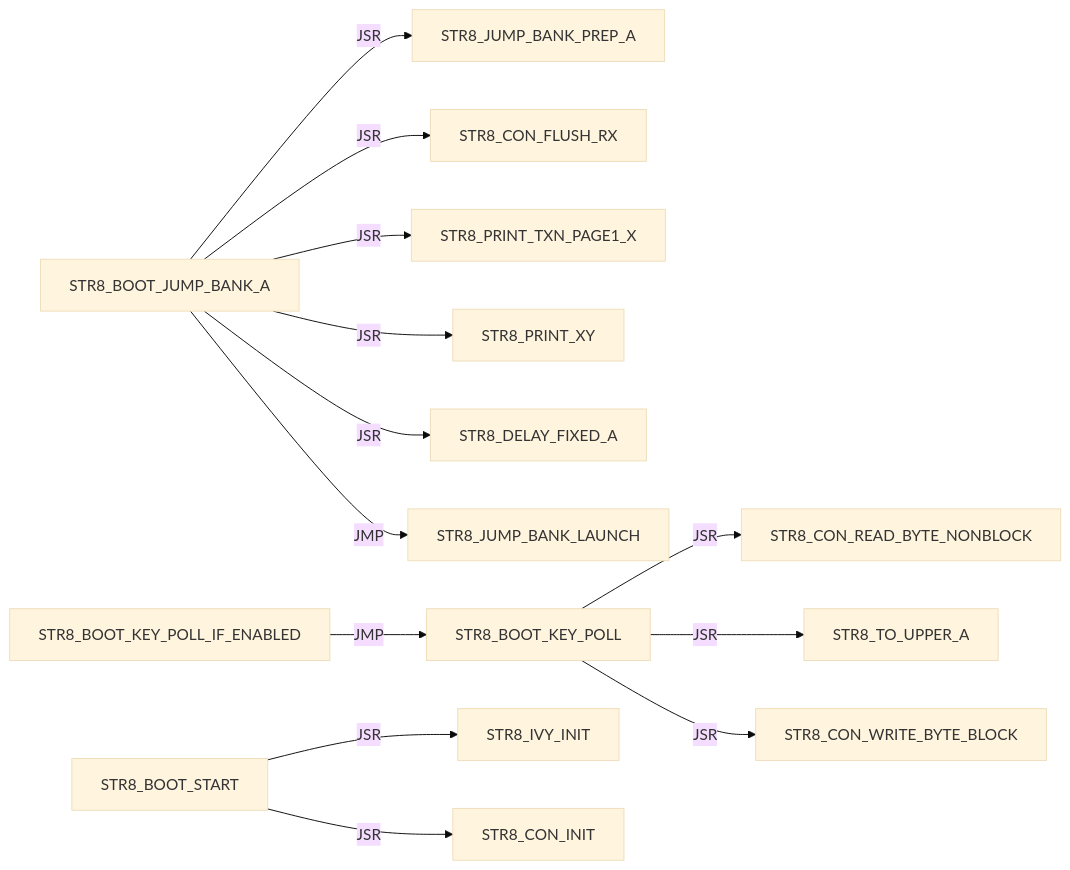
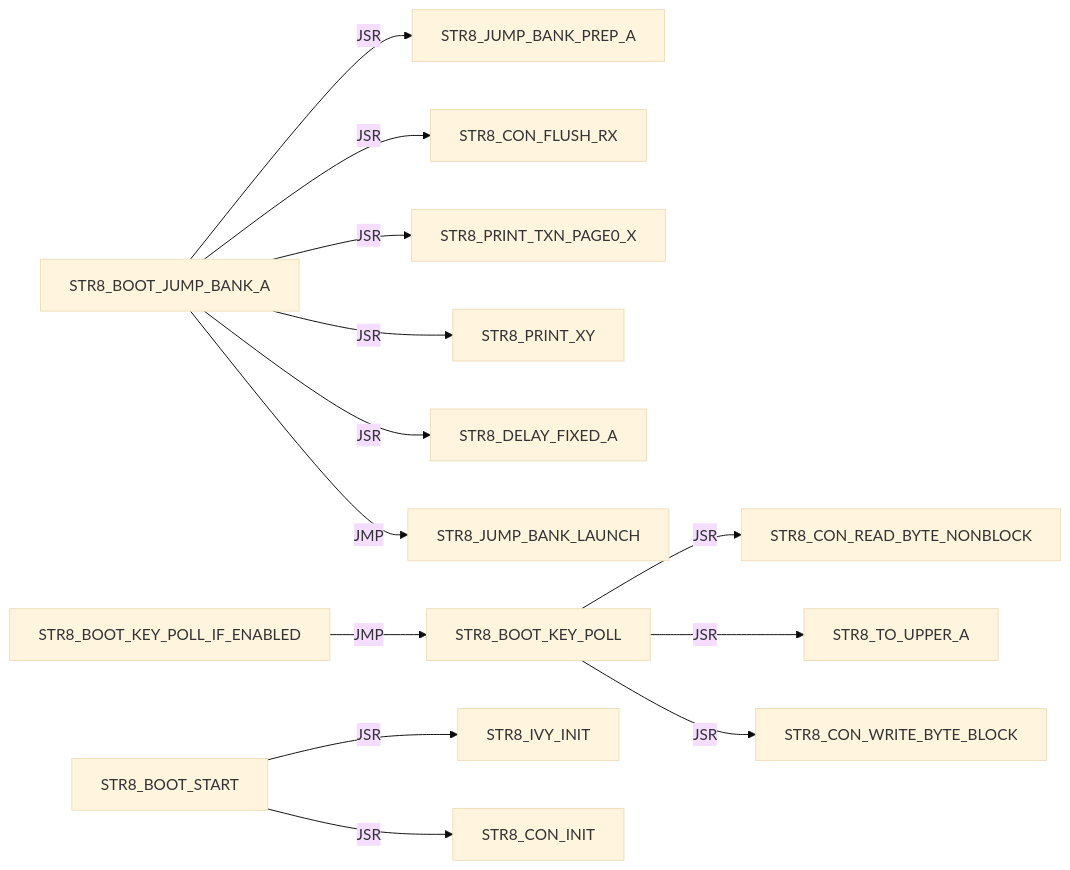
Before and after one commit to 95westus/R-YORS: the sixth of 43 diagrams in DOC/GUIDES/STR8/STR8_EDGE_DUMP.md, drawn with Mermaid (base theme). The commit also changed other lines of this file and 24 other files, not shown here.

````diff
--- a/DOC/GUIDES/STR8/STR8_EDGE_DUMP.md
+++ b/DOC/GUIDES/STR8/STR8_EDGE_DUMP.md
@@ -95,15 +95,15 @@
 ```mermaid
 flowchart LR
     N0["STR8_BOOT_JUMP_BANK_A"] -->|JSR| N1["STR8_JUMP_BANK_PREP_A"]
     N0["STR8_BOOT_JUMP_BANK_A"] -->|JSR| N2["STR8_CON_FLUSH_RX"]
-    N0["STR8_BOOT_JUMP_BANK_A"] -->|JSR| N3["STR8_PRINT_TXN_PAGE1_X"]
+    N0["STR8_BOOT_JUMP_BANK_A"] -->|JSR| N3["STR8_PRINT_TXN_PAGE0_X"]
     N0["STR8_BOOT_JUMP_BANK_A"] -->|JSR| N4["STR8_PRINT_XY"]
     N0["STR8_BOOT_JUMP_BANK_A"] -->|JSR| N5["STR8_DELAY_FIXED_A"]
     N0["STR8_BOOT_JUMP_BANK_A"] -->|JMP| N6["STR8_JUMP_BANK_LAUNCH"]
     N7["STR8_BOOT_KEY_POLL"] -->|JSR| N8["STR8_CON_READ_BYTE_NONBLOCK"]
     N7["STR8_BOOT_KEY_POLL"] -->|JSR| N9["STR8_TO_UPPER_A"]
     N7["STR8_BOOT_KEY_POLL"] -->|JSR| N10["STR8_CON_WRITE_BYTE_BLOCK"]
     N11["STR8_BOOT_KEY_POLL_IF_ENABLED"] -->|JMP| N7["STR8_BOOT_KEY_POLL"]
     N12["STR8_BOOT_START"] -->|JSR| N13["STR8_IVY_INIT"]
     N12["STR8_BOOT_START"] -->|JSR| N14["STR8_CON_INIT"]
 ```
````
